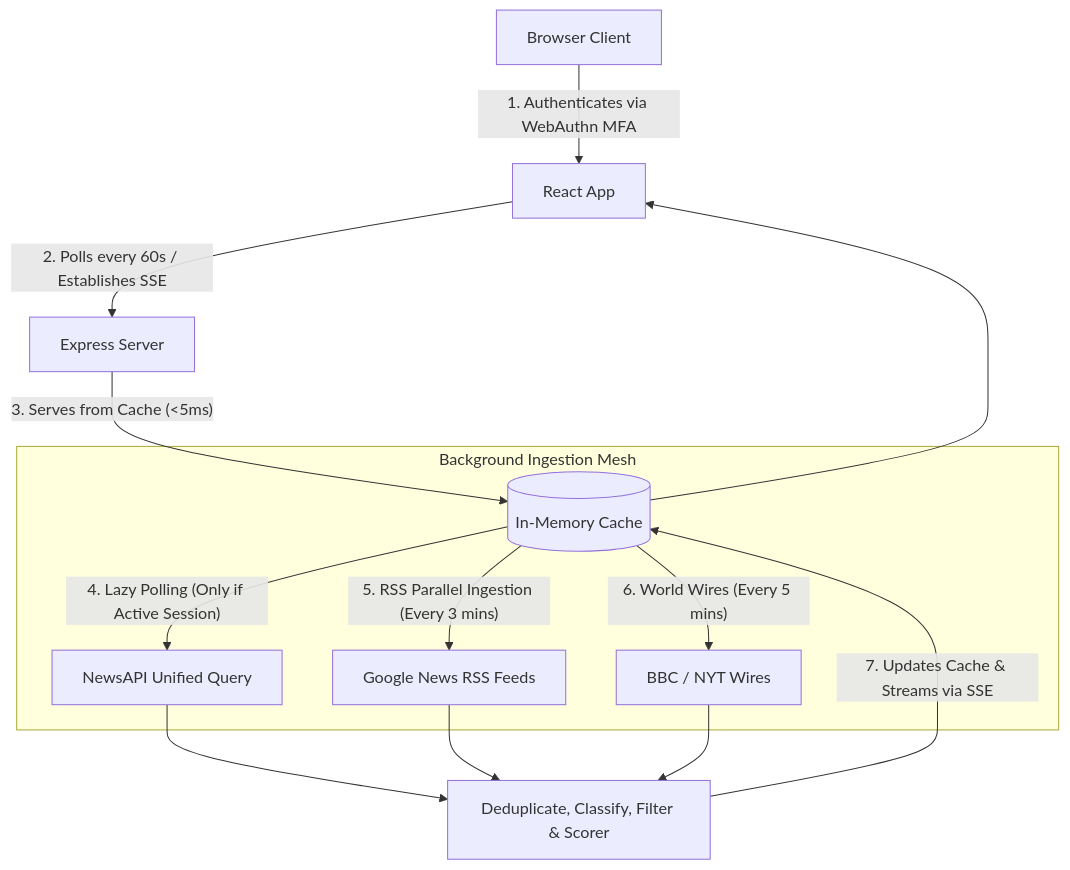
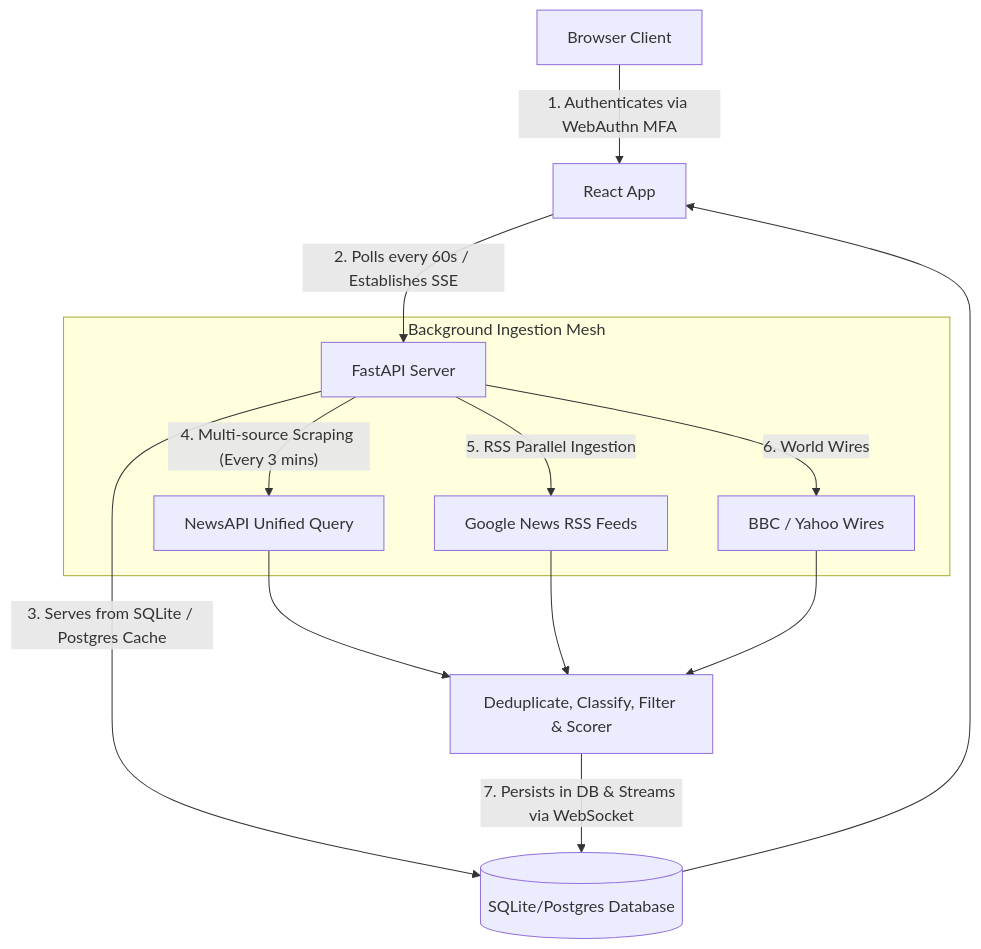
The diagram in README.md (CaptDoom/OsINTDash), drawn with Mermaid before and after one commit. The commit also changed other lines of this file and 8 other files, not shown here.

Commit message:
Optimize ingestion budget, add OSINT AI Chatbot, local Ollama LLM integration, high-density dashboard feeds, precise keyword boundaries, and automated unittest suite

````diff
--- a/README.md
+++ b/README.md
@@ -14,18 +14,18 @@
 ```mermaid
 graph TD
   User[Browser Client] -- 1. Authenticates via WebAuthn MFA --> App[React App]
-  App -- 2. Polls every 60s / Establishes SSE --> Express[Express Server]
-  Express -- 3. Serves from Cache (<5ms) --> Cache[(In-Memory Cache)]
+  App -- 2. Polls every 60s / Establishes SSE --> Backend[FastAPI Server]
+  Backend -- 3. Serves from SQLite / Postgres Cache --> DB[(SQLite/Postgres Database)]
   
   subgraph Background Ingestion Mesh
-    Cache -- 4. Lazy Polling (Only if Active Session) --> NewsAPI[NewsAPI Unified Query]
-    Cache -- 5. RSS Parallel Ingestion (Every 3 mins) --> RSS[Google News RSS Feeds]
-    Cache -- 6. World Wires (Every 5 mins) --> Wires[BBC / NYT Wires]
+    Backend -- 4. Multi-source Scraping (Every 3 mins) --> NewsAPI[NewsAPI Unified Query]
+    Backend -- 5. RSS Parallel Ingestion --> RSS[Google News RSS Feeds]
+    Backend -- 6. World Wires --> Wires[BBC / Yahoo Wires]
   end
 
   NewsAPI --> Processing[Deduplicate, Classify, Filter & Scorer]
   RSS --> Processing
   Wires --> Processing
-  Processing -- 7. Updates Cache & Streams via SSE --> Cache
-  Cache --> App
+  Processing -- 7. Persists in DB & Streams via WebSocket --> DB
+  DB --> App
 ```
````
